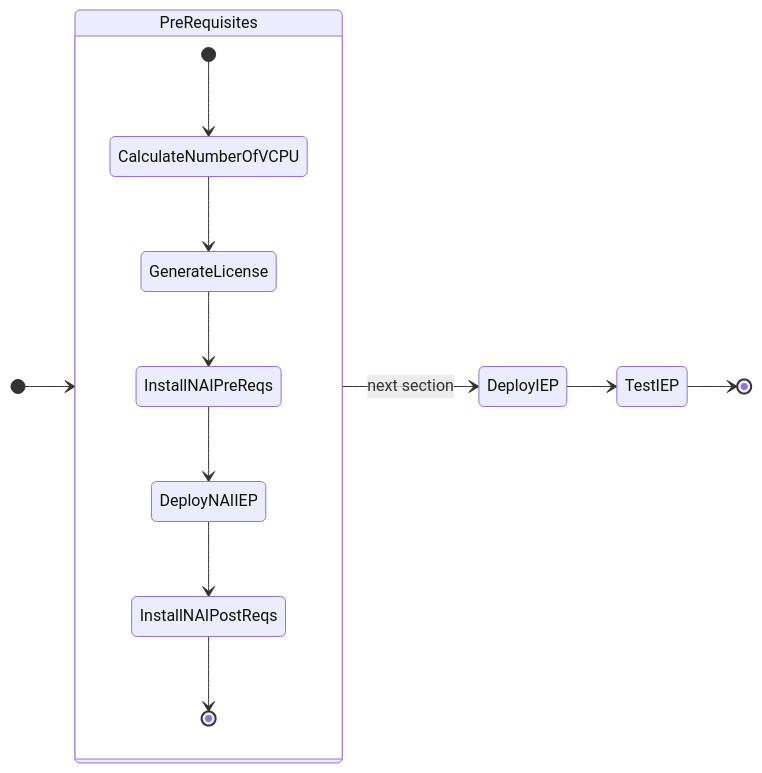
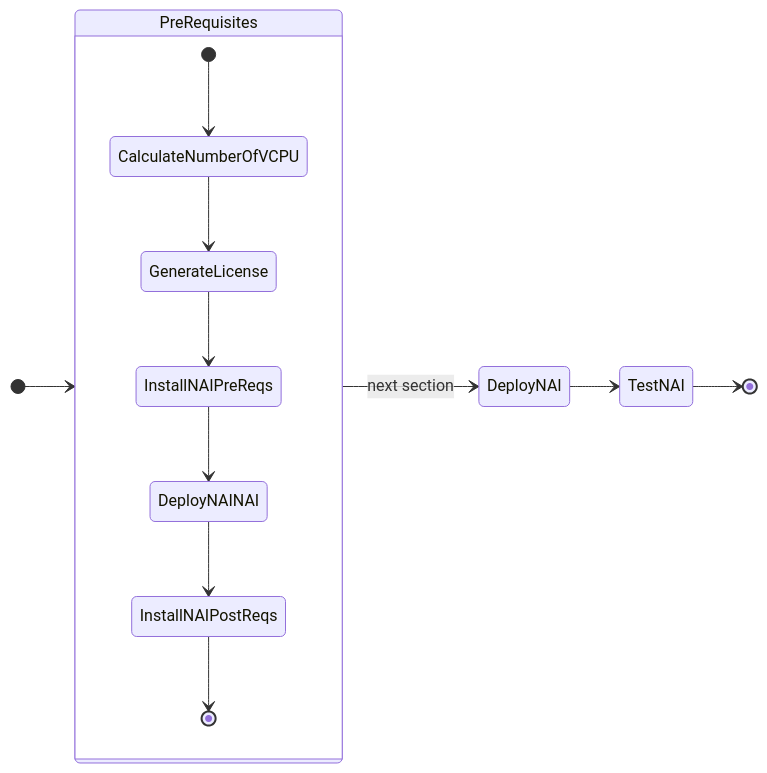
Before and after one commit to nutanix-japan/nai-llm: the diagram in docs/iep/iep_pre_reqs.md, drawn with Mermaid. The commit also changed other lines of this file and 4 other files, not shown here.

````diff
--- a/docs/iep/iep_pre_reqs.md
+++ b/docs/iep/iep_pre_reqs.md
@@ -7,19 +7,19 @@
 ```mermaid
 stateDiagram-v2
     direction LR
 
     state PreRequisites {
         [*] --> CalculateNumberOfVCPU
         CalculateNumberOfVCPU --> GenerateLicense
         GenerateLicense --> InstallNAIPreReqs  
-        InstallNAIPreReqs --> DeployNAIIEP
-        DeployNAIIEP --> InstallNAIPostReqs
+        InstallNAIPreReqs --> DeployNAINAI
+        DeployNAINAI --> InstallNAIPostReqs
         InstallNAIPostReqs --> [*]
     }
   
 
     [*] --> PreRequisites
-    PreRequisites --> DeployIEP : next section
-    DeployIEP --> TestIEP
-    TestIEP --> [*]
+    PreRequisites --> DeployNAI : next section
+    DeployNAI --> TestNAI
+    TestNAI --> [*]
 ```
````
